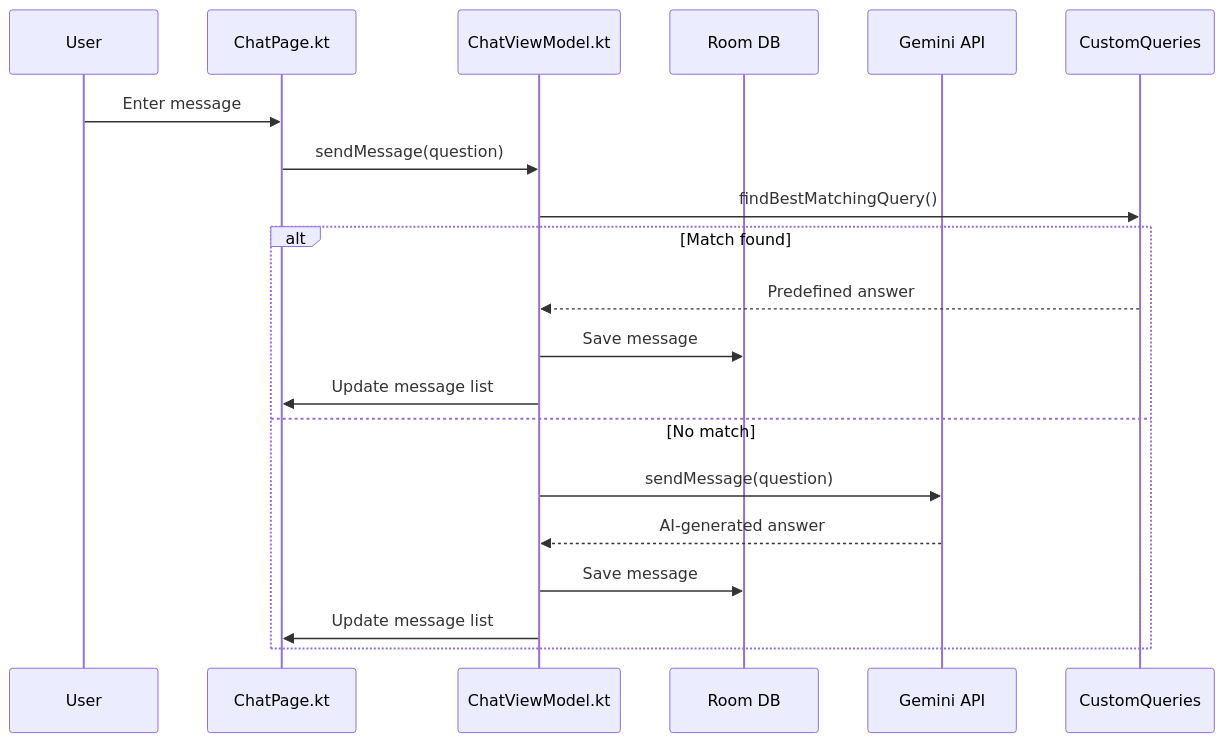
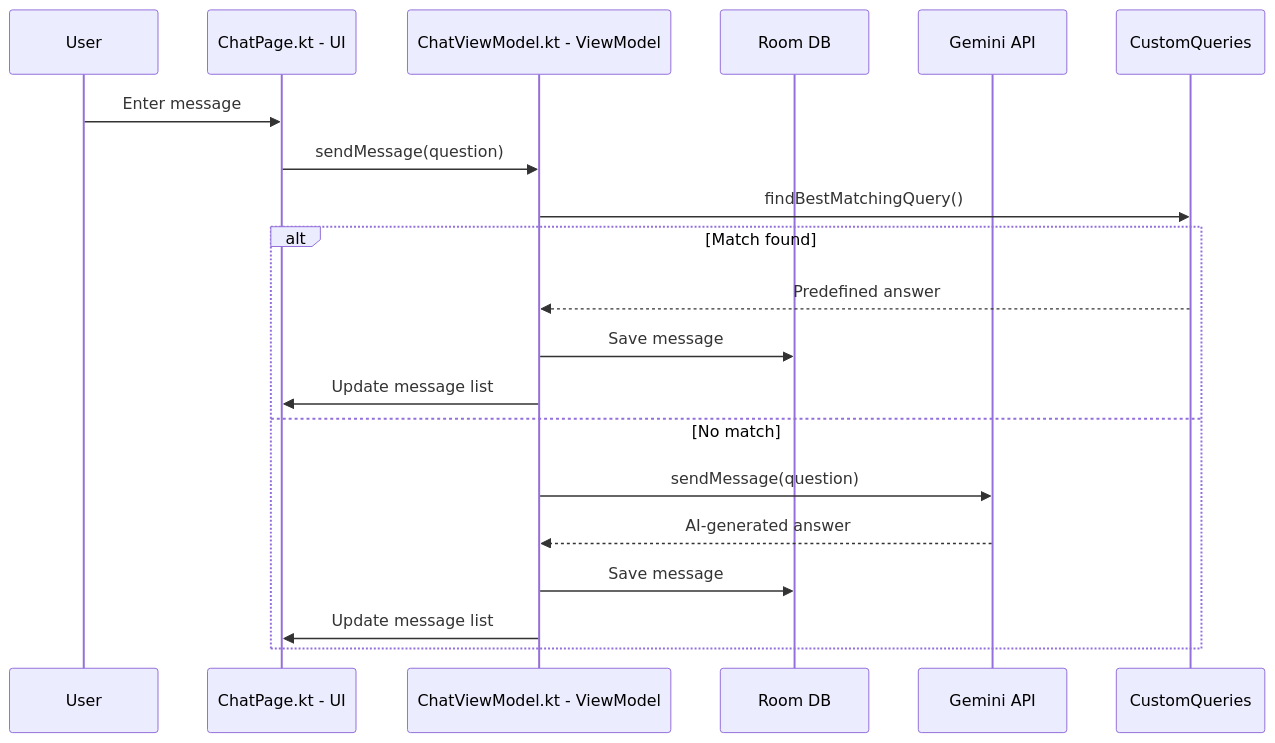
The second of 2 diagrams in README.md (Yashvvvv/GCET_CONNECT), drawn with Mermaid before and after one commit. The commit also changed other lines of this file, not shown here.

Commit message:
Refine architecture diagrams in README for improved clarity

````diff
--- a/README.md
+++ b/README.md
@@ -94,23 +94,23 @@
 ```mermaid
 sequenceDiagram
     participant User
-    participant UI as ChatPage.kt
-    participant VM as ChatViewModel.kt
+    participant UI as ChatPage.kt - UI
+    participant VM as ChatViewModel.kt - ViewModel
     participant DB as Room DB
     participant AI as Gemini API
     participant CQ as CustomQueries
 
     User->>UI: Enter message
     UI->>VM: sendMessage(question)
     VM->>CQ: findBestMatchingQuery()
     alt Match found
         CQ-->>VM: Predefined answer
         VM->>DB: Save message
         VM->>UI: Update message list
     else No match
         VM->>AI: sendMessage(question)
         AI-->>VM: AI-generated answer
         VM->>DB: Save message
         VM->>UI: Update message list
     end
 ```
````
